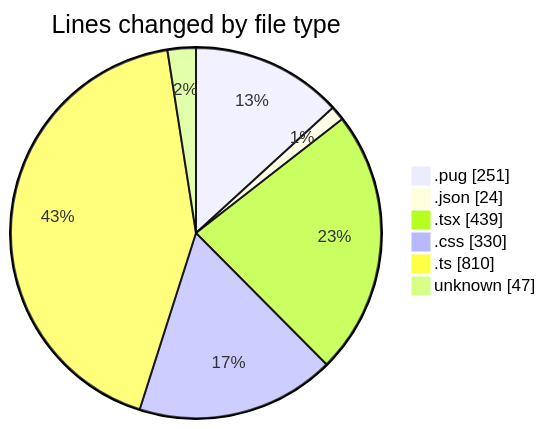
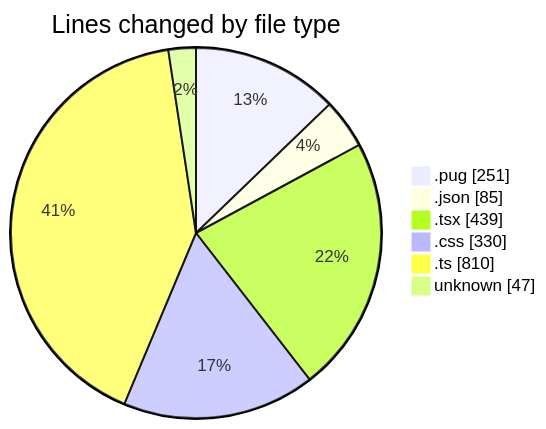
The first of 2 diagrams in 2025-11-04/cda/README.md (momahboobian/code-tracking), drawn with Mermaid before and after one commit. The commit also changed other lines of this file and 1 other file, not shown here.

````diff
--- a/2025-11-04/cda/README.md
+++ b/2025-11-04/cda/README.md
@@ -26,10 +27,10 @@
 ```mermaid
 pie showData
 title Lines changed by file type
 ".pug" : 251
-".json" : 24
+".json" : 85
 ".tsx" : 439
 ".css" : 330
 ".ts" : 810
 "unknown" : 47
 ```
````
